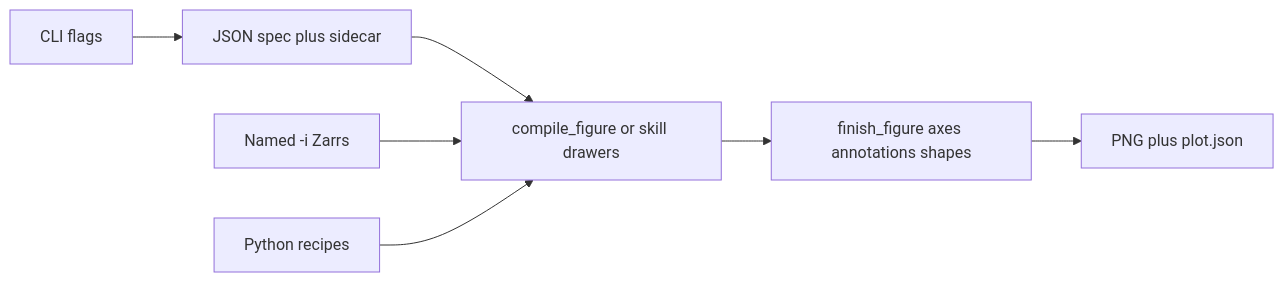
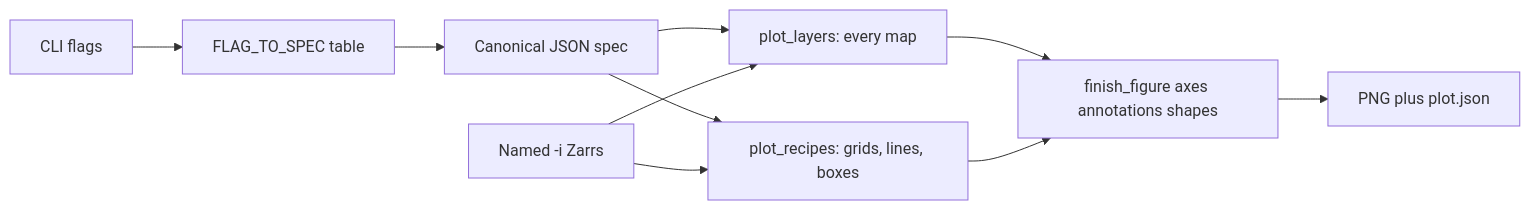
The diagram in docs/plotting.md (rhiza-research/weather-skills), drawn with Mermaid before and after one commit. The commit also changed other lines of this file and 9 other files, not shown here.

First line of the commit message:
Read the canonical plot spec and share the one map renderer.

````diff
--- a/docs/plotting.md
+++ b/docs/plotting.md
@@ -8,17 +8,21 @@
 ```mermaid
 flowchart LR
   CLI[CLI flags]
-  Spec[JSON spec plus sidecar]
+  Table[FLAG_TO_SPEC table]
+  Spec[Canonical JSON spec]
   Data["Named -i Zarrs"]
-  Recipes[Python recipes]
-  Compile[compile_figure or skill drawers]
+  MapRenderer[plot_layers: every map]
+  Recipes[plot_recipes: grids, lines, boxes]
   Finish[finish_figure axes annotations shapes]
   PNG[PNG plus plot.json]
 
-  CLI --> Spec
-  Spec --> Compile
-  Data --> Compile
-  Recipes --> Compile
-  Compile --> Finish
+  CLI --> Table
+  Table --> Spec
+  Spec --> MapRenderer
+  Spec --> Recipes
+  Data --> MapRenderer
+  Data --> Recipes
+  MapRenderer --> Finish
+  Recipes --> Finish
   Finish --> PNG
 ```
````
